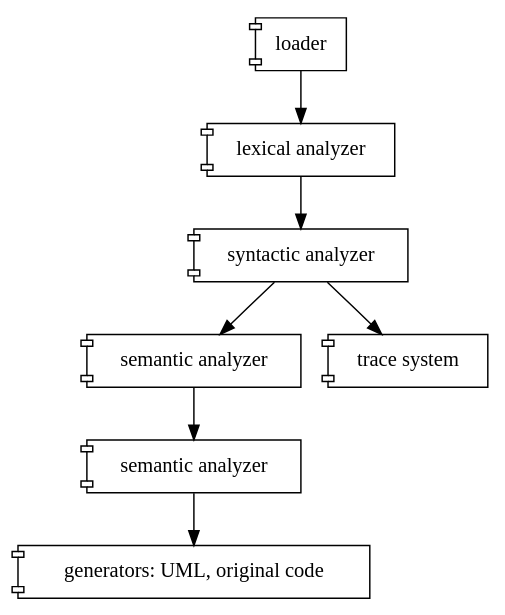
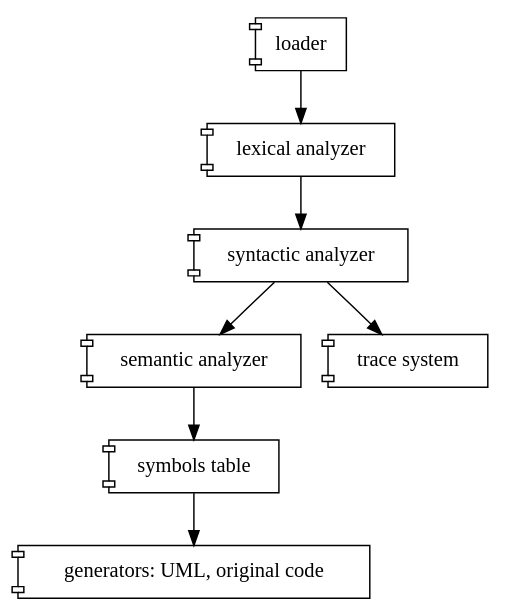
One commit to fructu/abidos_cpp_doc changed the diagram in programmer_manual/chapter_architecture/components_01.dot. Above: the diagram before and after it, drawn with Graphviz. The commit also changed 5 other files, not shown here.

```diff
--- a/programmer_manual/chapter_architecture/components_01.dot
+++ b/programmer_manual/chapter_architecture/components_01.dot
@@ -1,48 +1,48 @@
 digraph R {
   size ="4, 6!";
   fontsize = 6;
 //  rankdir=LR;
 //  node [style=rounded]
 
   loader [
     shape="component",
     label="loader"
   ]
 
   lexical_analyzer [
     shape="component",
     label="lexical analyzer"
   ]
 
   syntactic_analyzer [
     shape="component",
     label="syntactic analyzer"
   ]
 
   semantic_analyzer [
     shape="component",
     label="semantic analyzer"
   ]
 
   symbols_table [
     shape="component",
-    label="semantic analyzer"
+    label="symbols table"
   ]
 
   generators [
     shape="component",
     label="generators: UML, original code"
   ]
 
   trace_system [
     shape=component,
     label="trace system"
   ]
 
    loader->lexical_analyzer;
    lexical_analyzer->syntactic_analyzer;
    syntactic_analyzer->semantic_analyzer;
    semantic_analyzer->symbols_table;
    symbols_table->generators;
    syntactic_analyzer->trace_system;
 }
```
